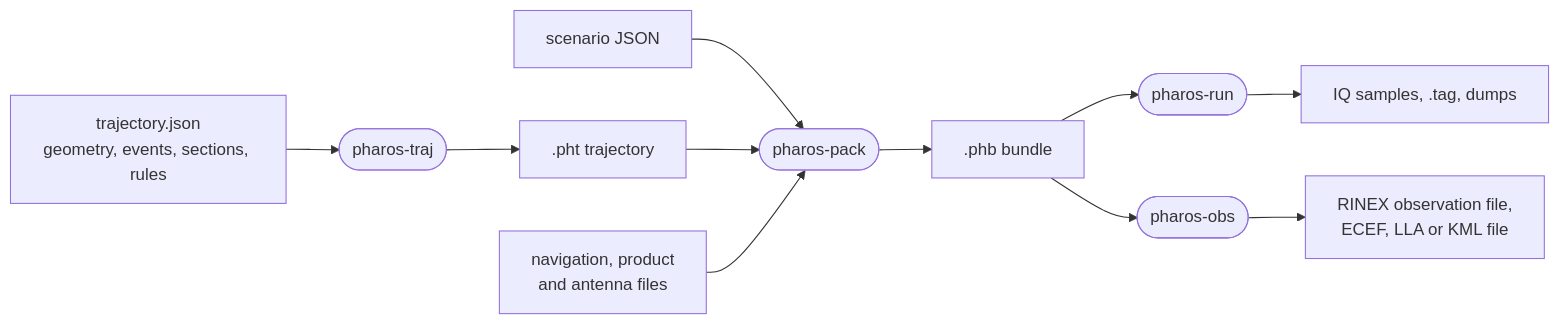
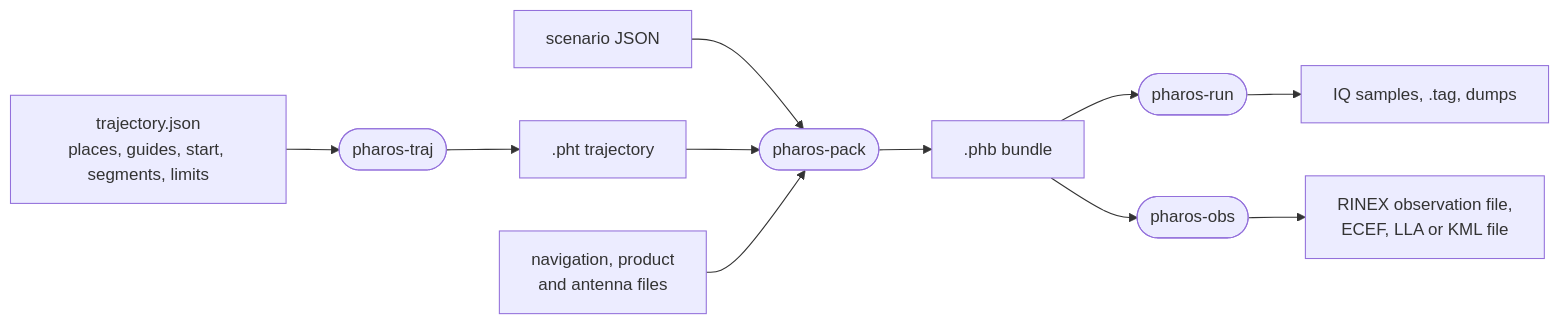
One commit to EEddeenn/Pharos changed the first of 3 diagrams in docs/design/architecture.md. Above: the diagram before and after it, drawn with Mermaid. The commit also changed other lines of this file and 48 other files, not shown here.

````diff
--- a/docs/design/architecture.md
+++ b/docs/design/architecture.md
@@ -25,13 +25,13 @@
 ```mermaid
 flowchart LR
-    program["trajectory.json<br/>geometry, events, sections, rules"] --> traj(["pharos-traj"])
+    program["trajectory.json<br/>places, guides, start, segments, limits"] --> traj(["pharos-traj"])
     traj --> pht[".pht trajectory"]
     scenario["scenario JSON"] --> pack(["pharos-pack"])
     pht --> pack
     nav["navigation, product<br/>and antenna files"] --> pack
     pack --> phb[".phb bundle"]
     phb --> run(["pharos-run"])
     phb --> obs(["pharos-obs"])
     run --> samples["IQ samples, .tag, dumps"]
     obs --> files["RINEX observation file,<br/>ECEF, LLA or KML file"]
 ```
````
